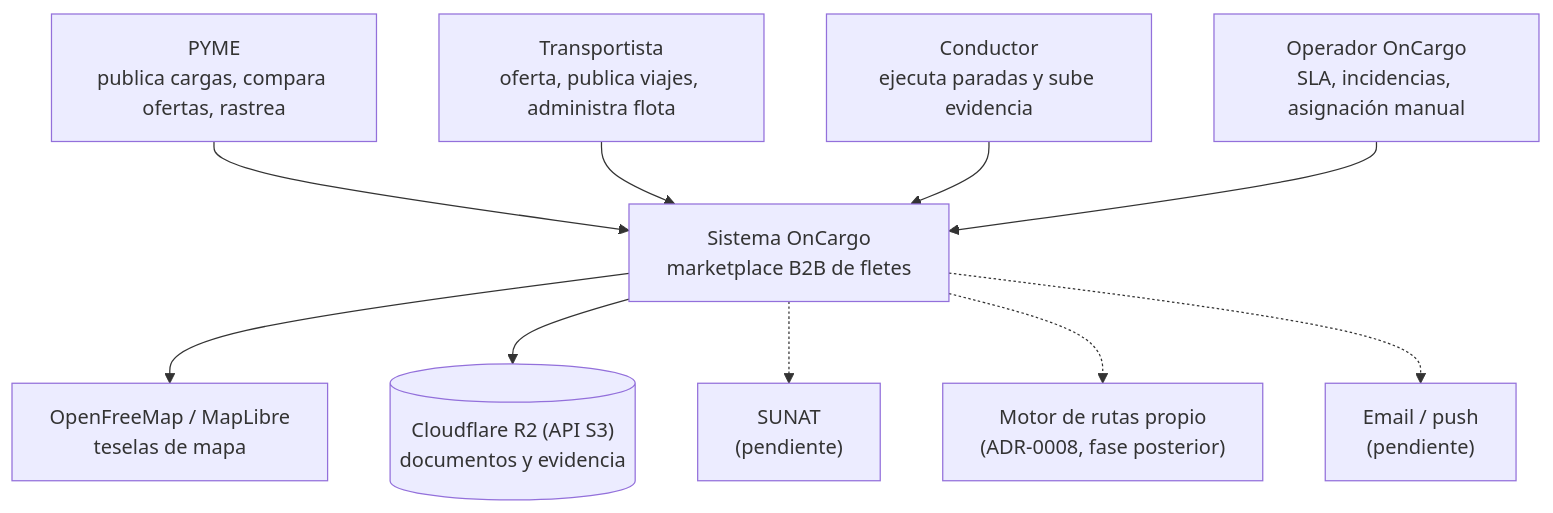
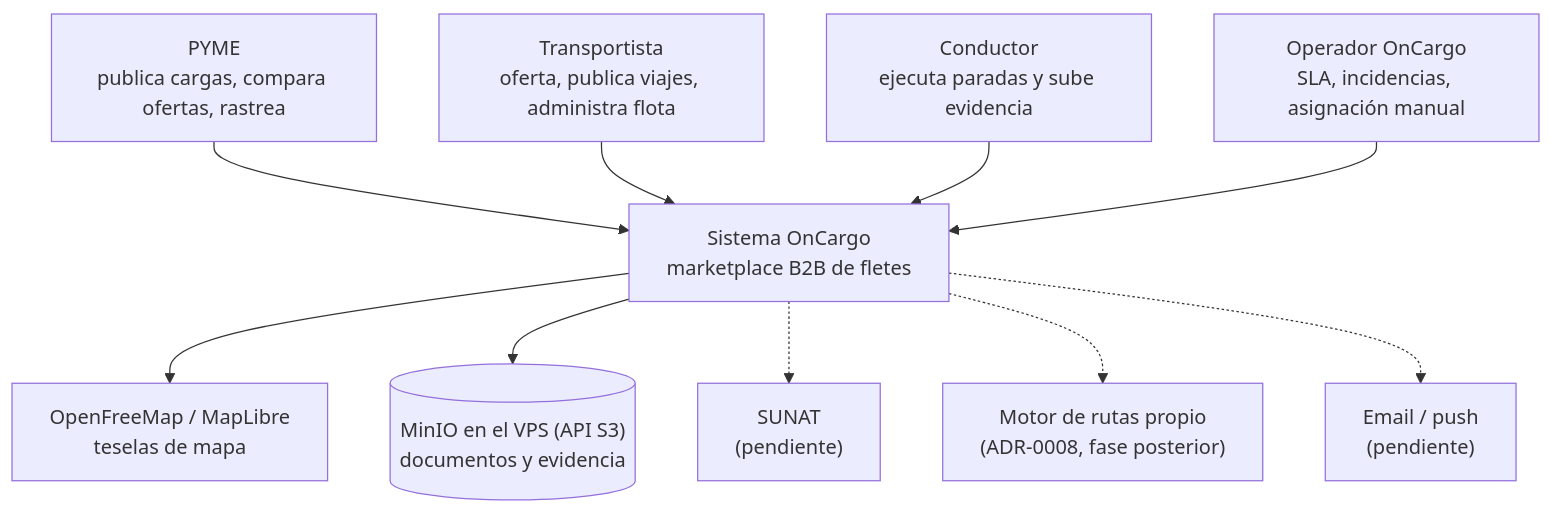
The first of 5 diagrams in docs/software/entregable-1/arquitectura.md (TheReeds/ProyectoEPE-LOGYX), drawn with Mermaid before and after one commit. The commit also changed other lines of this file and 28 other files, not shown here.

````diff
--- a/docs/software/entregable-1/arquitectura.md
+++ b/docs/software/entregable-1/arquitectura.md
@@ -119,25 +125,25 @@
 ```mermaid
 graph TD
   PYME["PYME<br/>publica cargas, compara ofertas, rastrea"]
   CAR["Transportista<br/>oferta, publica viajes, administra flota"]
   DRV["Conductor<br/>ejecuta paradas y sube evidencia"]
   OPE["Operador OnCargo<br/>SLA, incidencias, asignación manual"]
 
   OnCargo["Sistema OnCargo<br/>marketplace B2B de fletes"]
 
   OSM["OpenFreeMap / MapLibre<br/>teselas de mapa"]
-  S3[("Cloudflare R2 (API S3)<br/>documentos y evidencia")]
+  S3[("MinIO en el VPS (API S3)<br/>documentos y evidencia")]
   SUNAT["SUNAT<br/>(pendiente)"]
   ORS["Motor de rutas propio<br/>(ADR-0008, fase posterior)"]
   MAIL["Email / push<br/>(pendiente)"]
 
   PYME --> OnCargo
   CAR --> OnCargo
   DRV --> OnCargo
   OPE --> OnCargo
   OnCargo --> OSM
   OnCargo --> S3
   OnCargo -.-> SUNAT
   OnCargo -.-> ORS
   OnCargo -.-> MAIL
 ```
````
